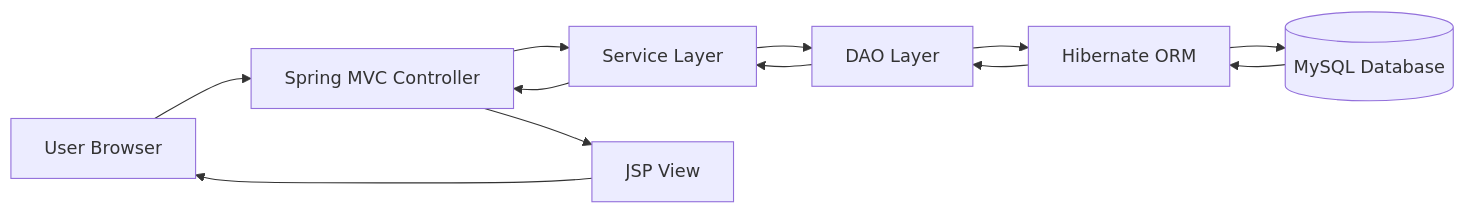
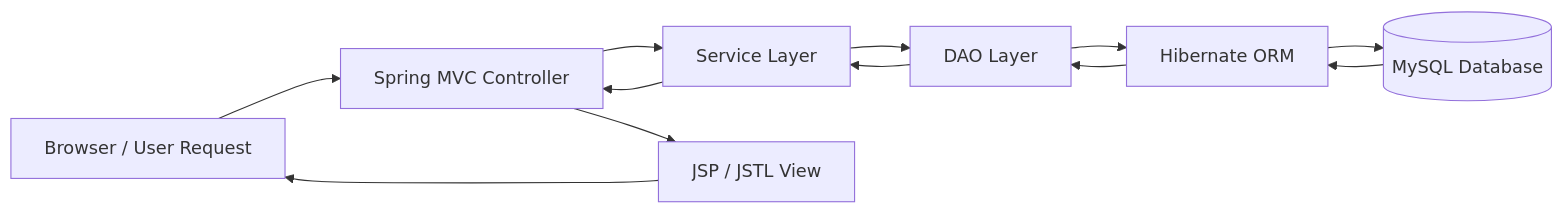
Before and after one commit to harshmagar23/WorkSphere: the second of 4 diagrams in README.md, drawn with Mermaid. The commit also changed other lines of this file, not shown here.

````diff
--- a/README.md
+++ b/README.md
@@ -427,14 +249,15 @@
 ```mermaid
 flowchart LR
-    A[User Browser] --> B[Spring MVC Controller]
+    A[Browser / User Request] --> B[Spring MVC Controller]
     B --> C[Service Layer]
     C --> D[DAO Layer]
     D --> E[Hibernate ORM]
     E --> F[(MySQL Database)]
+
     F --> E
     E --> D
     D --> C
     C --> B
-    B --> G[JSP View]
+    B --> G[JSP / JSTL View]
     G --> A
 ```
````
